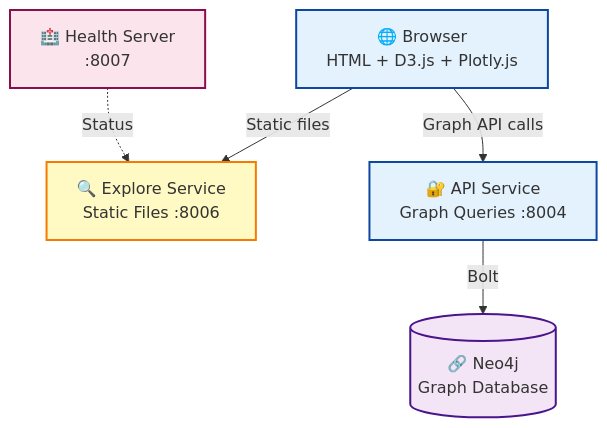
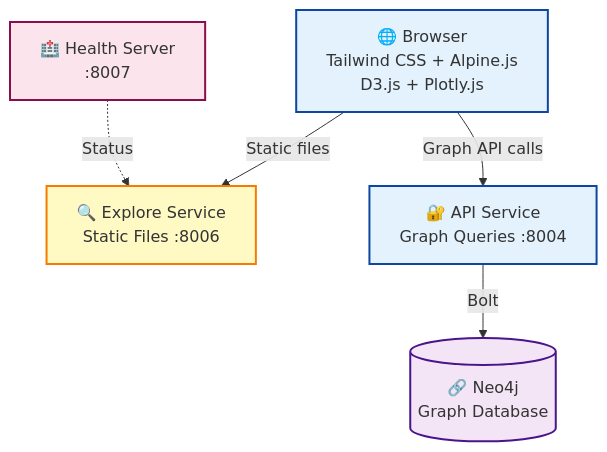
Before and after one commit to SimplicityGuy/discogsography: the diagram in explore/README.md, drawn with Mermaid. The commit also changed other lines of this file and 5 other files, not shown here.

````diff
--- a/explore/README.md
+++ b/explore/README.md
@@ -53,19 +53,19 @@
 ```mermaid
 graph TD
-    UI["🌐 Browser<br/>HTML + D3.js + Plotly.js"]
+    UI["🌐 Browser<br/>Tailwind CSS + Alpine.js<br/>D3.js + Plotly.js"]
     EXPLORE["🔍 Explore Service<br/>Static Files :8006"]
     HEALTH["🏥 Health Server<br/>:8007"]
     APISERVICE["🔐 API Service<br/>Graph Queries :8004"]
     NEO4J[("🔗 Neo4j<br/>Graph Database")]
 
     UI -->|Static files| EXPLORE
     UI -->|Graph API calls| APISERVICE
     APISERVICE -->|Bolt| NEO4J
     HEALTH -.->|Status| EXPLORE
 
     style UI fill:#e3f2fd,stroke:#0d47a1,stroke-width:2px
     style EXPLORE fill:#fff9c4,stroke:#f57c00,stroke-width:2px
     style HEALTH fill:#fce4ec,stroke:#880e4f,stroke-width:2px
     style APISERVICE fill:#e3f2fd,stroke:#0d47a1,stroke-width:2px
     style NEO4J fill:#f3e5f5,stroke:#4a148c,stroke-width:2px
 ```
````
